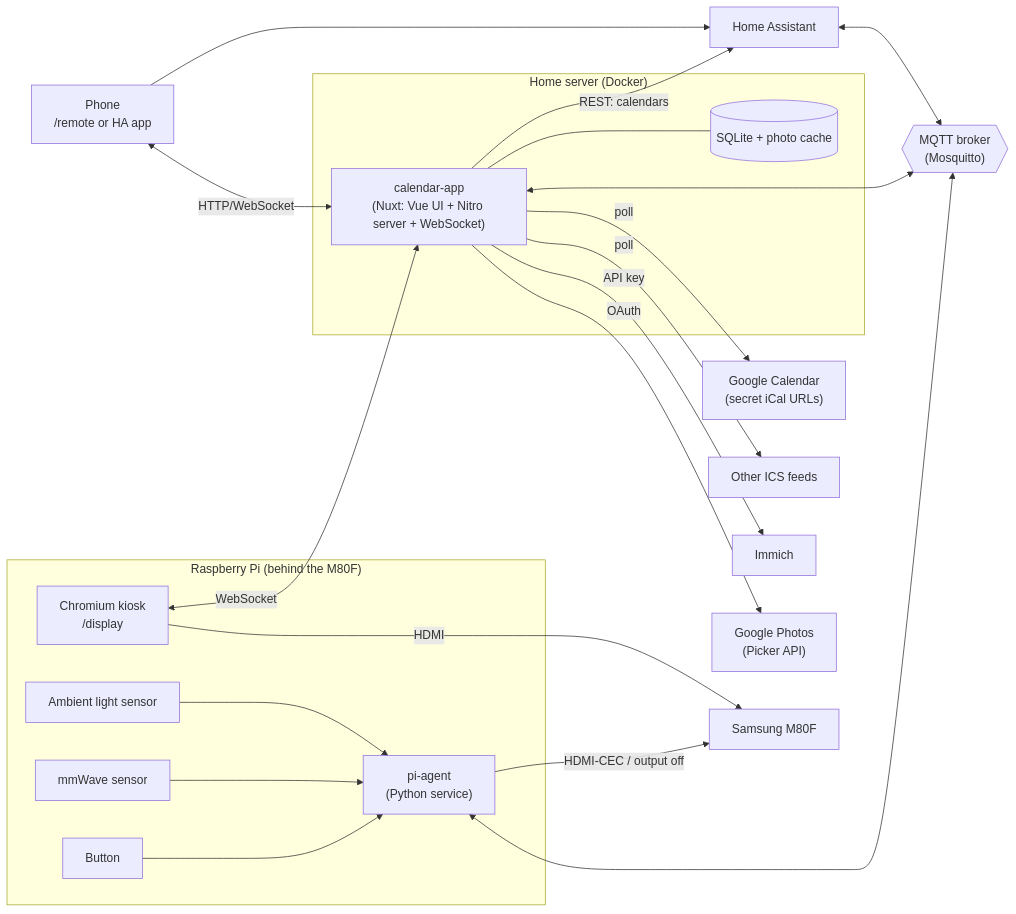
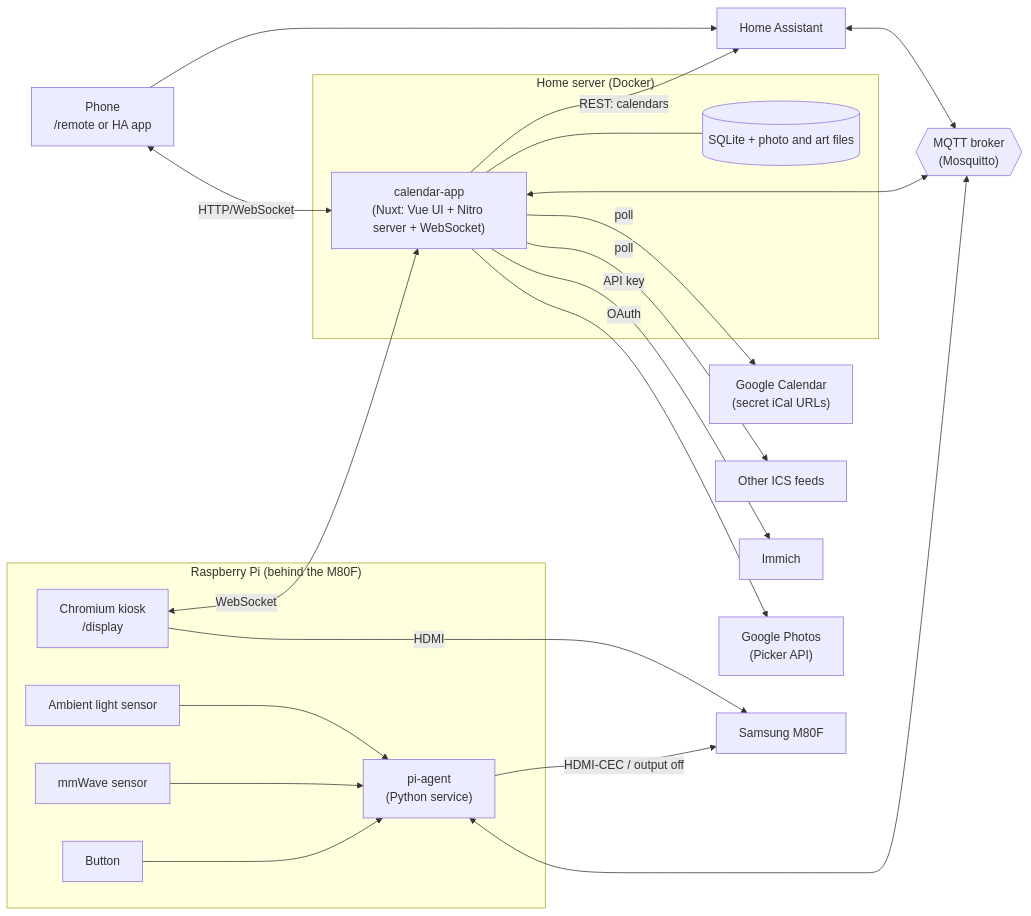
The diagram in docs/architecture.md (Kallb123/Wall-Display), drawn with Mermaid before and after one commit. The commit also changed other lines of this file and 1 other file, not shown here.

````diff
--- a/docs/architecture.md
+++ b/docs/architecture.md
@@ -18,42 +20,42 @@
 ```mermaid
 flowchart LR
     subgraph Server["Home server (Docker)"]
         APP["calendar-app<br/>(Nuxt: Vue UI + Nitro server + WebSocket)"]
-        CACHE[("SQLite + photo cache")]
+        CACHE[("SQLite + photo and art files")]
         APP --- CACHE
     end
 
     MQTT{{"MQTT broker<br/>(Mosquitto)"}}
     HA["Home Assistant"]
 
     subgraph Pi["Raspberry Pi (behind the M80F)"]
         KIOSK["Chromium kiosk<br/>/display"]
         AGENT["pi-agent<br/>(Python service)"]
         BTN["Button"]
         MMW["mmWave sensor"]
         ALS["Ambient light sensor"]
         BTN --> AGENT
         MMW --> AGENT
         ALS --> AGENT
     end
 
     PHONE["Phone<br/>/remote or HA app"]
     GCAL["Google Calendar<br/>(secret iCal URLs)"]
     ICS["Other ICS feeds"]
     IMMICH["Immich"]
     GPHOTOS["Google Photos<br/>(Picker API)"]
 
     KIOSK <-->|WebSocket| APP
     PHONE <-->|HTTP/WebSocket| APP
     PHONE --> HA
     AGENT <--> MQTT
     APP <--> MQTT
     HA <--> MQTT
     APP -->|REST: calendars| HA
     APP -->|poll| GCAL
     APP -->|poll| ICS
     APP -->|API key| IMMICH
     APP -->|OAuth| GPHOTOS
     AGENT -->|HDMI-CEC / output off| MON["Samsung M80F"]
     KIOSK -->|HDMI| MON
 ```
````
